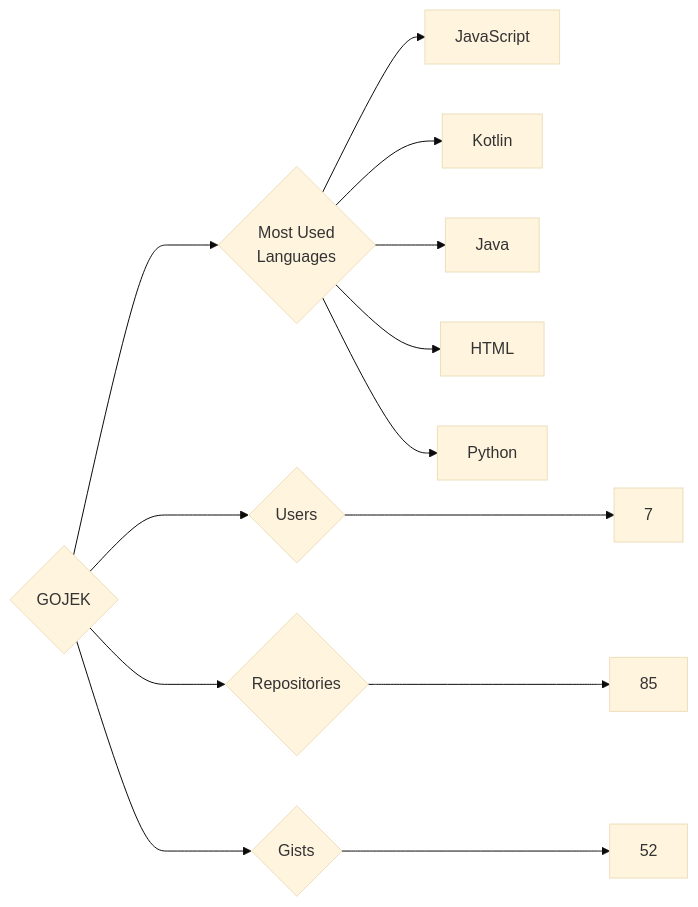
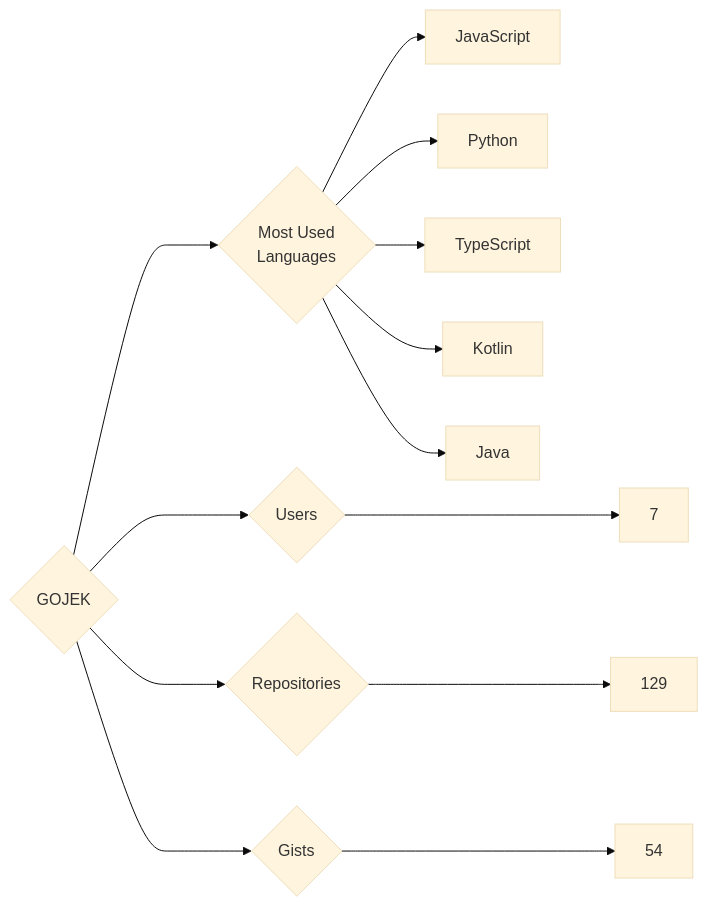
The diagram in targets/GOJEK/README.md (trickest/insiders), drawn with Mermaid (base theme) before and after one commit. The commit also changed 1089 other files, not shown here.

````diff
--- a/targets/GOJEK/README.md
+++ b/targets/GOJEK/README.md
@@ -3,13 +3,13 @@
 ```mermaid
 graph LR
 COMPANY_NAME{GOJEK}
 COMPANY_NAME ---> U{Users} ---> UN[7]
-COMPANY_NAME ---> R{Repositories} ---> RN[85]
-COMPANY_NAME ---> G{Gists} ---> GN[52]
+COMPANY_NAME ---> R{Repositories} ---> RN[129]
+COMPANY_NAME ---> G{Gists} ---> GN[54]
 COMPANY_NAME ---> ML{Most Used<br>Languages}
 ML --> JavaScript[JavaScript]
+ML --> Python[Python]
+ML --> TypeScript[TypeScript]
 ML --> Kotlin[Kotlin]
 ML --> Java[Java]
-ML --> HTML[HTML]
-ML --> Python[Python]
 ```
````
